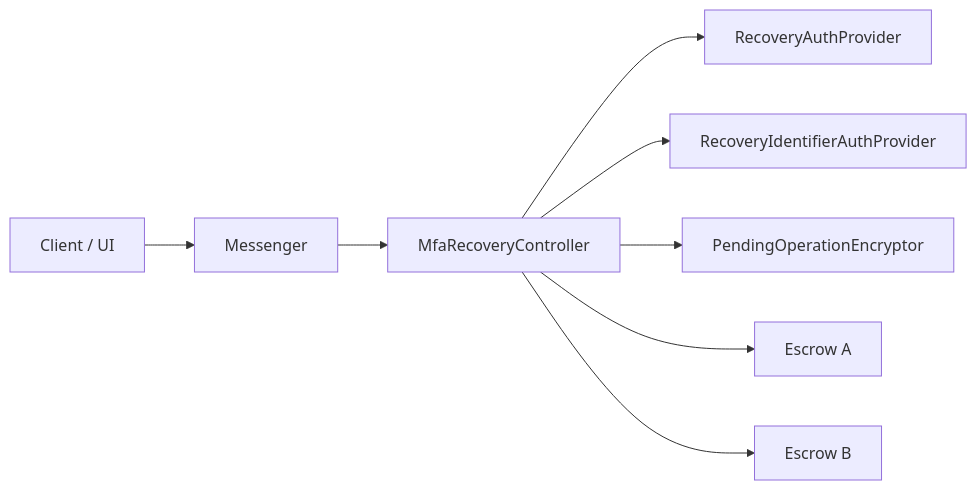
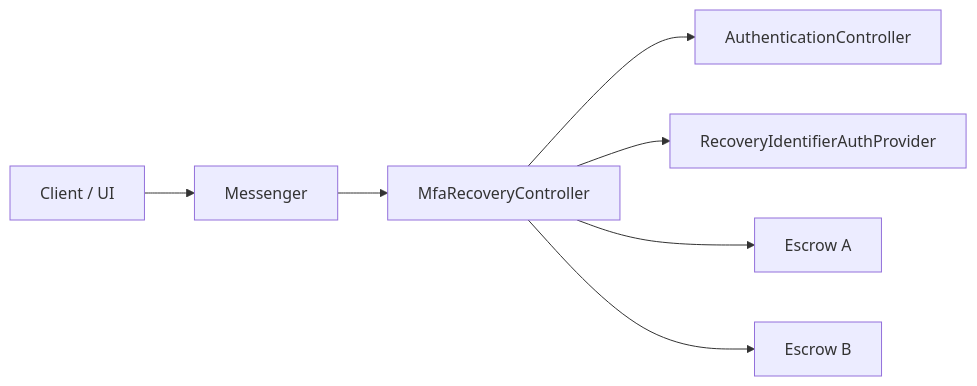
One commit to MetaMask/core changed the first of 5 diagrams in packages/mfa-recovery-controller/ARCHITECTURE.md. Above: the diagram before and after it, drawn with Mermaid. The commit also changed other lines of this file and 17 other files, not shown here.

First line of the commit message:
feat(mfa-recovery-controller): integrate AuthenticationController for MFA approvals

````diff
--- a/packages/mfa-recovery-controller/ARCHITECTURE.md
+++ b/packages/mfa-recovery-controller/ARCHITECTURE.md
@@ -13,19 +14,17 @@
 ```mermaid
 flowchart LR
   Client["Client / UI"]
   Messenger["Messenger"]
   Ctrl["MfaRecoveryController"]
-  Auth["RecoveryAuthProvider"]
+  Auth["AuthenticationController"]
   IdP["RecoveryIdentifierAuthProvider"]
-  Enc["PendingOperationEncryptor"]
   EA["Escrow A"]
   EB["Escrow B"]
 
   Client --> Messenger
   Messenger --> Ctrl
   Ctrl --> Auth
   Ctrl --> IdP
-  Ctrl --> Enc
   Ctrl --> EA
   Ctrl --> EB
 ```
````
